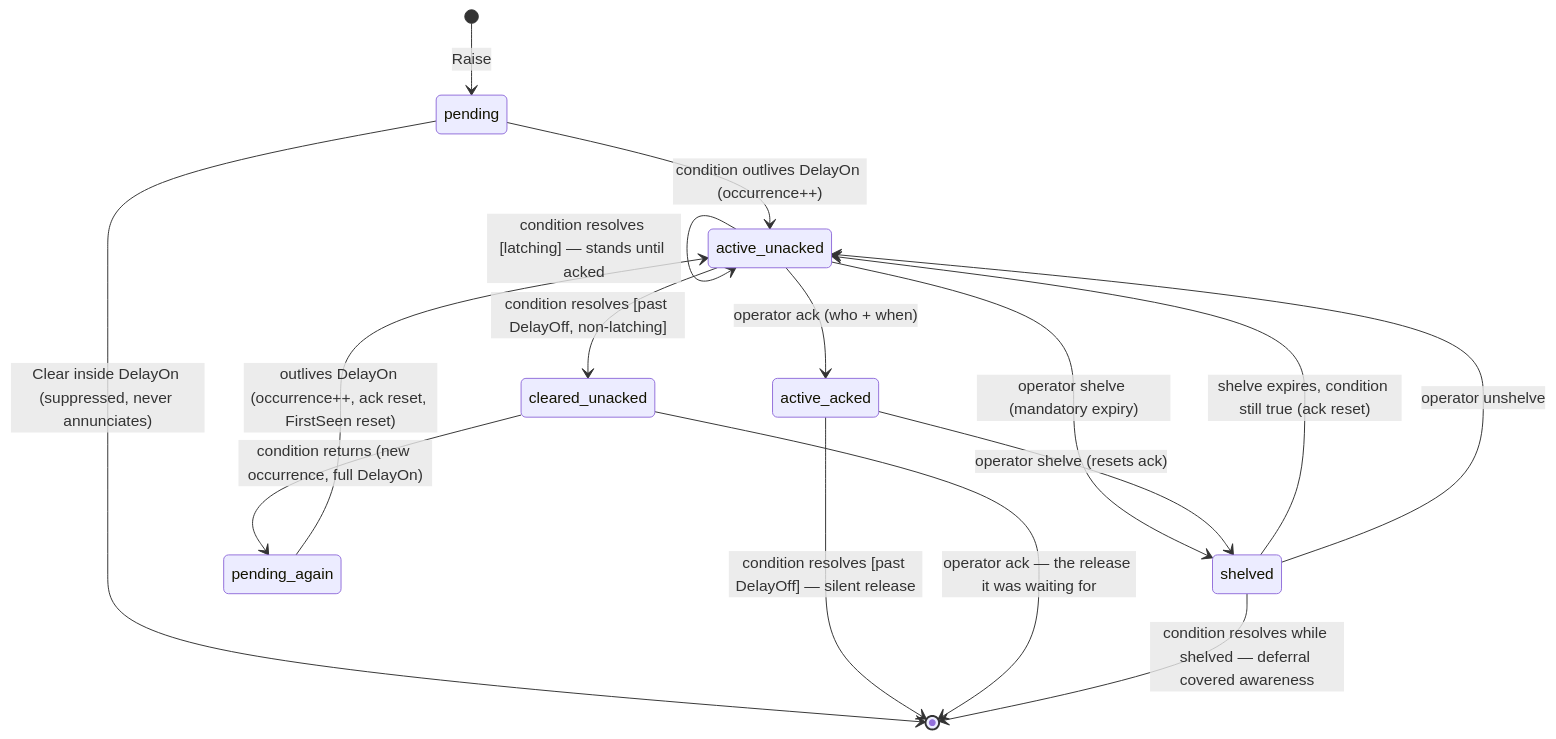
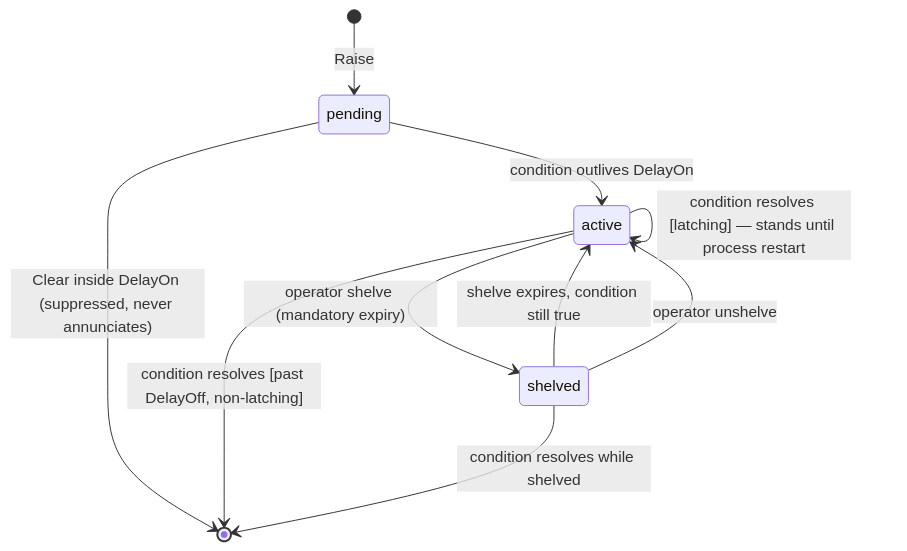
Before and after one commit to kluzzebass/gastrolog: the diagram in docs/alarm-management-design.md, drawn with Mermaid. The commit also changed other lines of this file and 36 other files, not shown here.

````diff
--- a/docs/alarm-management-design.md
+++ b/docs/alarm-management-design.md
@@ -276,18 +295,12 @@
 ```mermaid
 stateDiagram-v2
     [*] --> pending : Raise
     pending --> [*] : Clear inside DelayOn (suppressed, never annunciates)
-    pending --> active_unacked : condition outlives DelayOn (occurrence++)
-    active_unacked --> active_acked : operator ack (who + when)
-    active_unacked --> cleared_unacked : condition resolves [past DelayOff, non-latching]
-    active_unacked --> active_unacked : condition resolves [latching] — stands until acked
-    active_unacked --> shelved : operator shelve (mandatory expiry)
-    active_acked --> [*] : condition resolves [past DelayOff] — silent release
-    active_acked --> shelved : operator shelve (resets ack)
-    cleared_unacked --> [*] : operator ack — the release it was waiting for
-    cleared_unacked --> pending_again : condition returns (new occurrence, full DelayOn)
-    pending_again --> active_unacked : outlives DelayOn (occurrence++, ack reset, FirstSeen reset)
-    shelved --> active_unacked : shelve expires, condition still true (ack reset)
-    shelved --> active_unacked : operator unshelve
-    shelved --> [*] : condition resolves while shelved — deferral covered awareness
+    pending --> active : condition outlives DelayOn
+    active --> [*] : condition resolves [past DelayOff, non-latching]
+    active --> active : condition resolves [latching] — stands until process restart
+    active --> shelved : operator shelve (mandatory expiry)
+    shelved --> active : shelve expires, condition still true
+    shelved --> active : operator unshelve
+    shelved --> [*] : condition resolves while shelved
 ```
````
